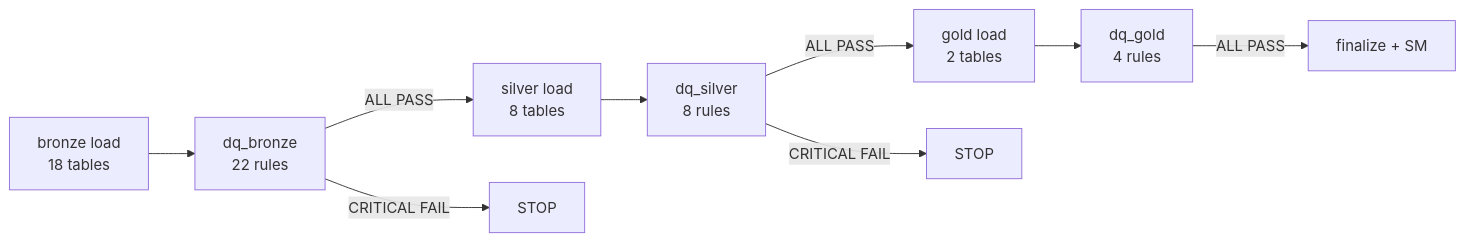
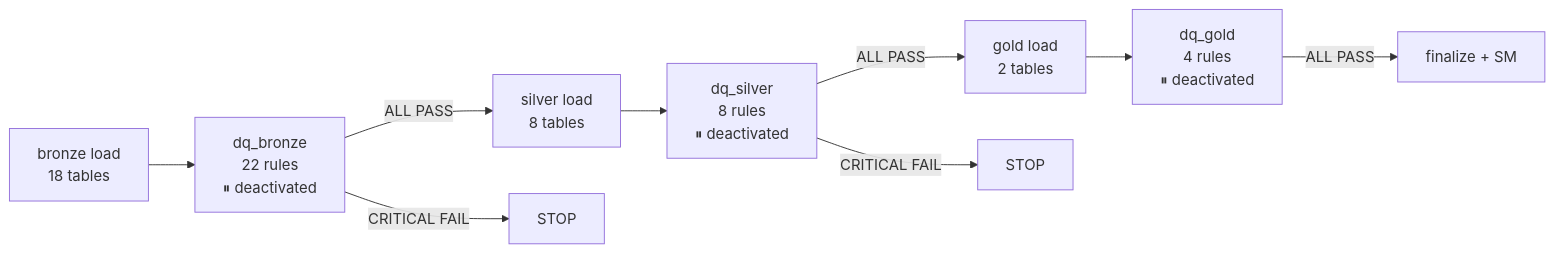
One commit to ankinguyen-engineer-2002/Fabric-v9-Warehouse-Medallion changed the eighth of 10 diagrams in README.md. Above: the diagram before and after it, drawn with Mermaid. The commit also changed other lines of this file, not shown here.

First line of the commit message:
README: add deactivated warnings to DQ sections + update pipeline diagram

````diff
--- a/README.md
+++ b/README.md
@@ -377,11 +384,11 @@
 ```mermaid
 flowchart LR
-    B["bronze load\n18 tables"] --> DQB["dq_bronze\n22 rules"]
+    B["bronze load\n18 tables"] --> DQB["dq_bronze\n22 rules\n⏸ deactivated"]
     DQB -->|"ALL PASS"| S["silver load\n8 tables"]
     DQB -->|"CRITICAL FAIL"| STOP1["STOP"]
-    S --> DQS["dq_silver\n8 rules"]
+    S --> DQS["dq_silver\n8 rules\n⏸ deactivated"]
     DQS -->|"ALL PASS"| G["gold load\n2 tables"]
     DQS -->|"CRITICAL FAIL"| STOP2["STOP"]
-    G --> DQG["dq_gold\n4 rules"]
+    G --> DQG["dq_gold\n4 rules\n⏸ deactivated"]
     DQG -->|"ALL PASS"| FN["finalize + SM"]
 ```
````
